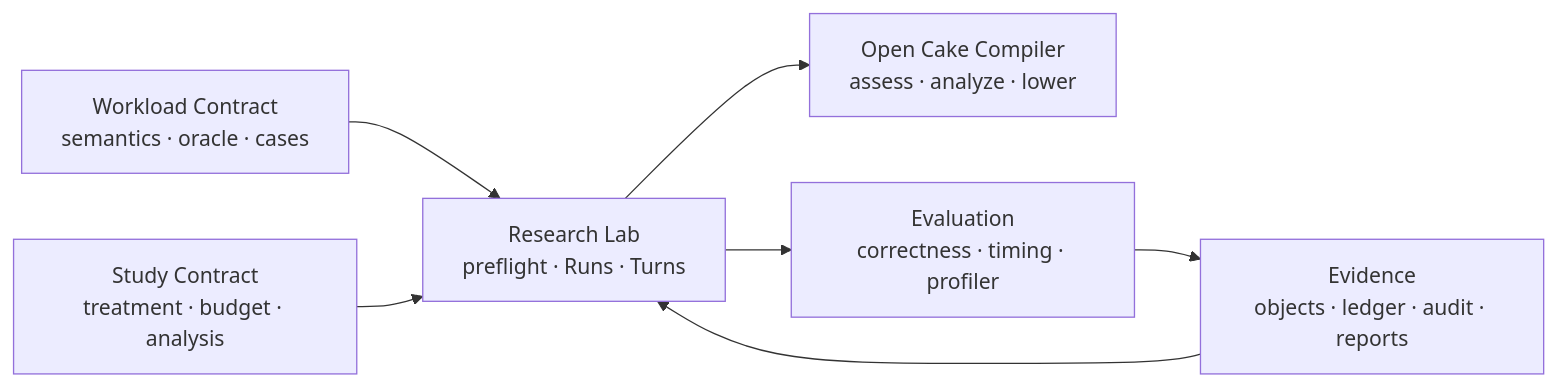
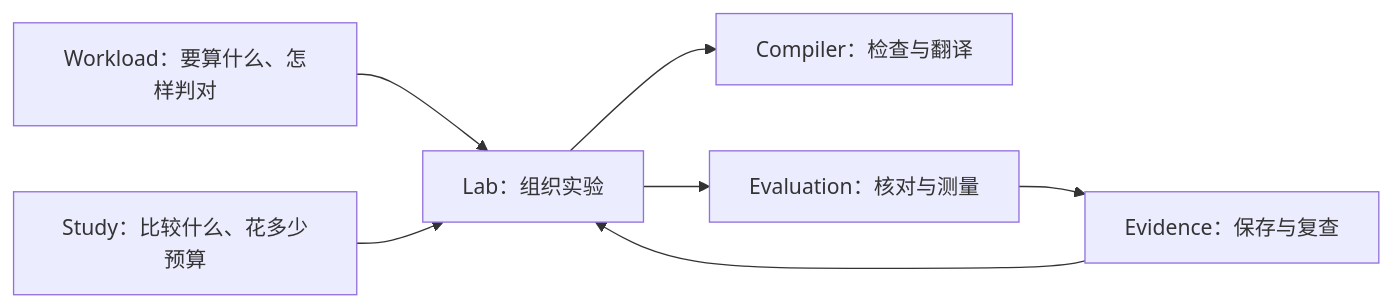
The diagram in docs/ARCHITECTURE.md (qhy991/open-cake-ir), drawn with Mermaid before and after one commit. The commit also changed other lines of this file and 19 other files, not shown here.

````diff
--- a/docs/ARCHITECTURE.md
+++ b/docs/ARCHITECTURE.md
@@ -14,16 +31,9 @@
 ```mermaid
-graph LR
-    W["Workload Contract<br/>semantics · oracle · cases"]
-    S["Study Contract<br/>treatment · budget · analysis"]
-    L["Research Lab<br/>preflight · Runs · Turns"]
-    C["Open Cake Compiler<br/>assess · analyze · lower"]
-    V["Evaluation<br/>correctness · timing · profiler"]
-    E["Evidence<br/>objects · ledger · audit · reports"]
-
-    W --> L
-    S --> L
-    L --> C
-    L --> V
-    V --> E
+flowchart LR
+    W["Workload：要算什么、怎样判对"] --> L["Lab：组织实验"]
+    S["Study：比较什么、花多少预算"] --> L
+    L --> C["Compiler：检查与翻译"]
+    L --> V["Evaluation：核对与测量"]
+    V --> E["Evidence：保存与复查"]
     E --> L
 ```
````
